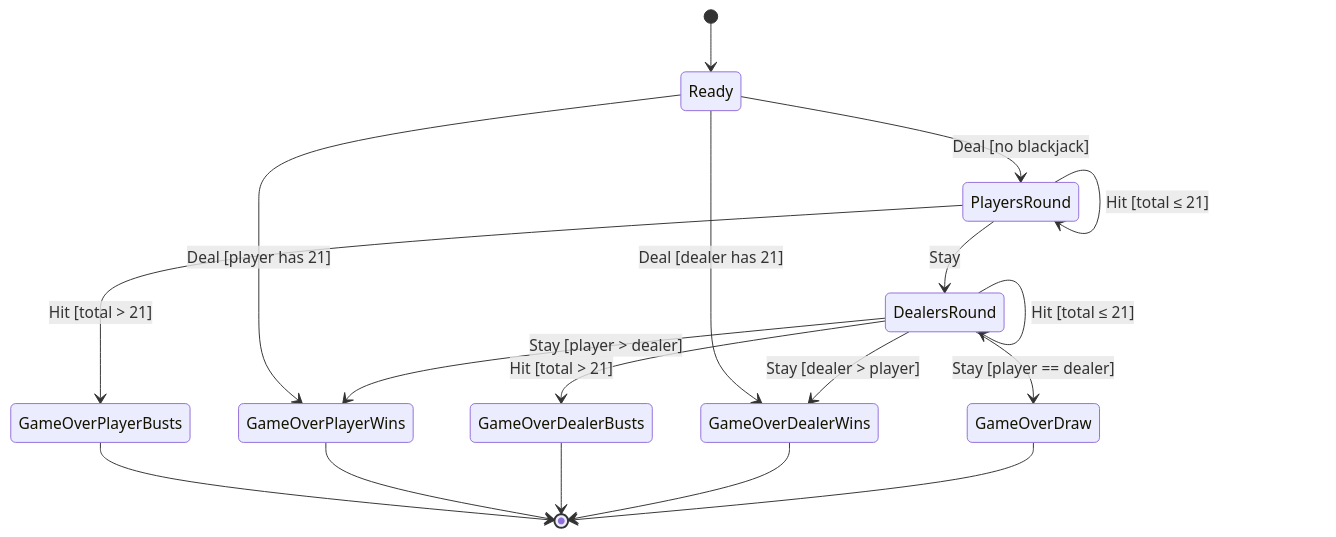
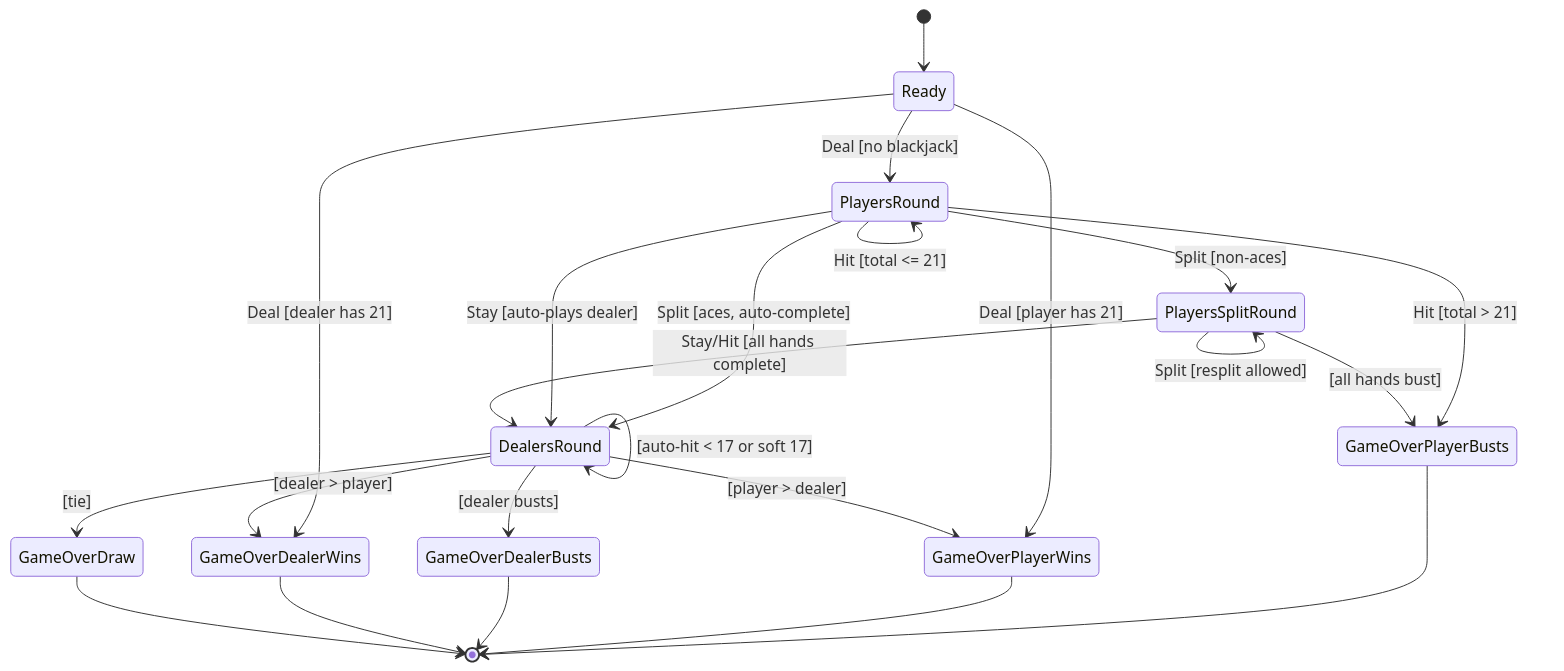
Before and after one commit to j-brent/vingt-et-un: the diagram in docs/design/game-logic.md, drawn with Mermaid. The commit also changed other lines of this file and 19 other files, not shown here.

First line of the commit message:
feat: Implement soft ace, dealer auto-play, and split functionality (#17)

````diff
--- a/docs/design/game-logic.md
+++ b/docs/design/game-logic.md
@@ -9,24 +9,32 @@
 ```mermaid
 stateDiagram-v2
     [*] --> Ready
-    
+
     Ready --> PlayersRound : Deal [no blackjack]
     Ready --> GameOverPlayerWins : Deal [player has 21]
     Ready --> GameOverDealerWins : Deal [dealer has 21]
-    
-    PlayersRound --> PlayersRound : Hit [total ≤ 21]
+
+    PlayersRound --> PlayersRound : Hit [total <= 21]
     PlayersRound --> GameOverPlayerBusts : Hit [total > 21]
-    PlayersRound --> DealersRound : Stay
-    
-    DealersRound --> DealersRound : Hit [total ≤ 21]
-    DealersRound --> GameOverDealerBusts : Hit [total > 21]
-    DealersRound --> GameOverPlayerWins : Stay [player > dealer]
-    DealersRound --> GameOverDealerWins : Stay [dealer > player]
-    DealersRound --> GameOverDraw : Stay [player == dealer]
-    
+    PlayersRound --> PlayersSplitRound : Split [non-aces]
+    PlayersRound --> DealersRound : Split [aces, auto-complete]
+    PlayersRound --> DealersRound : Stay [auto-plays dealer]
+
+    PlayersSplitRound --> PlayersSplitRound : Hit [not bust, hands remain]
+    PlayersSplitRound --> PlayersSplitRound : Stay [hands remain]
+    PlayersSplitRound --> PlayersSplitRound : Split [resplit allowed]
+    PlayersSplitRound --> DealersRound : Stay/Hit [all hands complete]
+    PlayersSplitRound --> GameOverPlayerBusts : [all hands bust]
+
+    DealersRound --> DealersRound : [auto-hit < 17 or soft 17]
+    DealersRound --> GameOverDealerBusts : [dealer busts]
+    DealersRound --> GameOverPlayerWins : [player > dealer]
+    DealersRound --> GameOverDealerWins : [dealer > player]
+    DealersRound --> GameOverDraw : [tie]
+
     GameOverPlayerBusts --> [*]
     GameOverPlayerWins --> [*]
     GameOverDealerBusts --> [*]
     GameOverDealerWins --> [*]
     GameOverDraw --> [*]
 ```
````
